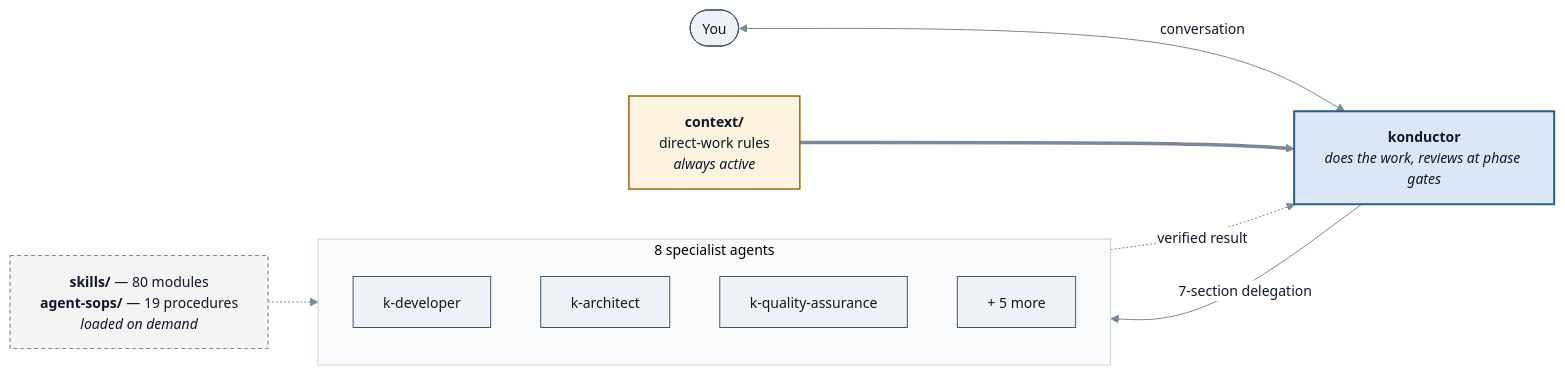
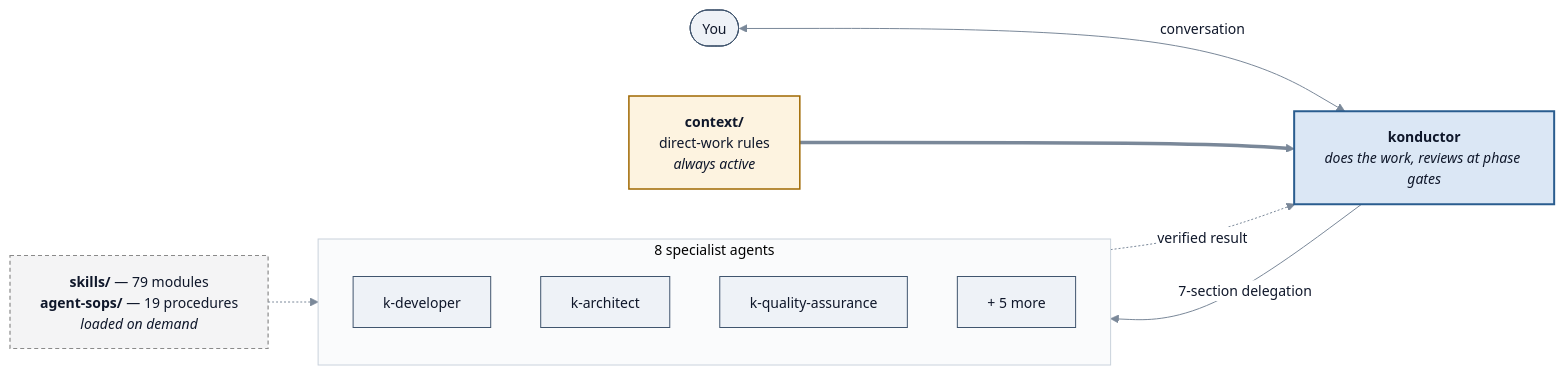
The diagram in docs/user-guide/concepts.md (aws-solutions/konductor), drawn with Mermaid before and after one commit. The commit also changed other lines of this file and 19 other files, not shown here.

````diff
--- a/docs/user-guide/concepts.md
+++ b/docs/user-guide/concepts.md
@@ -251,25 +251,25 @@
 ```mermaid
 %%{init:{'theme':'base','themeVariables':{'fontSize':'14px','primaryColor':'#eef2f7','primaryTextColor':'#0f172a','primaryBorderColor':'#40556e','lineColor':'#7a8899','textColor':'#0f172a','edgeLabelBackground':'#ffffff','clusterBkg':'#fafbfc','clusterBorder':'#c9d2dc'}}}%%
 flowchart LR
     User(["You"])
     Ctx["<b>context/</b><br/>direct-work rules<br/><i>always active</i>"]:::gate
     Orch["<b>konductor</b><br/><i>does the work, reviews at phase gates</i>"]:::focus
-    Store["<b>skills/</b> — 80 modules<br/><b>agent-sops/</b> — 19 procedures<br/><i>loaded on demand</i>"]:::muted
+    Store["<b>skills/</b> — 79 modules<br/><b>agent-sops/</b> — 19 procedures<br/><i>loaded on demand</i>"]:::muted
 
     subgraph Specialists["8 specialist agents"]
         Dev["k-developer"]
         Arch["k-architect"]
         QA["k-quality-assurance"]
         Other["+ 5 more"]
     end
 
     User <-->|"conversation"| Orch
     Ctx ==> Orch
     Orch -->|"7-section delegation"| Specialists
     Specialists -.->|"verified result"| Orch
     Store -.-> Specialists
 
     classDef focus fill:#dbe7f5,stroke:#2a5d8f,stroke-width:2px,color:#0f172a;
     classDef gate fill:#fdf3e0,stroke:#a06800,stroke-width:1.5px,color:#0f172a;
     classDef muted fill:#f4f4f5,stroke:#8a8a8a,stroke-width:1.2px,color:#0f172a,stroke-dasharray:4 3;
 ```
````
